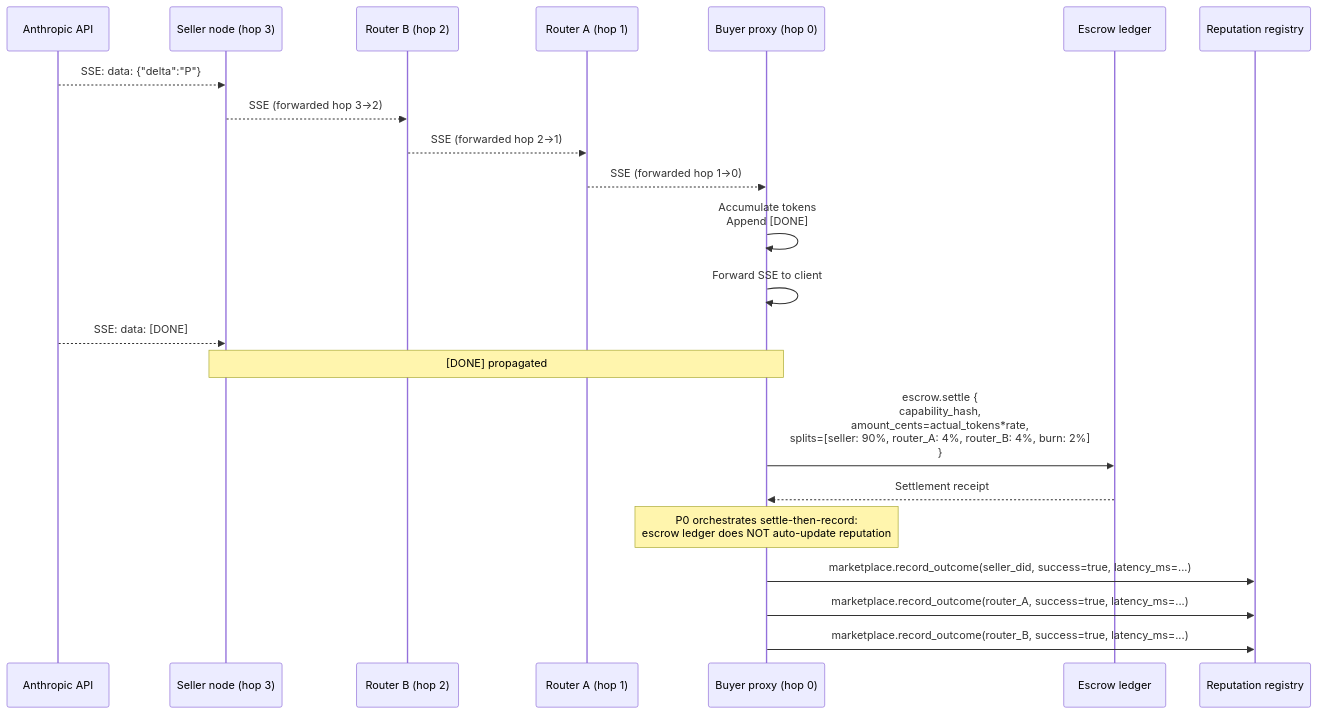
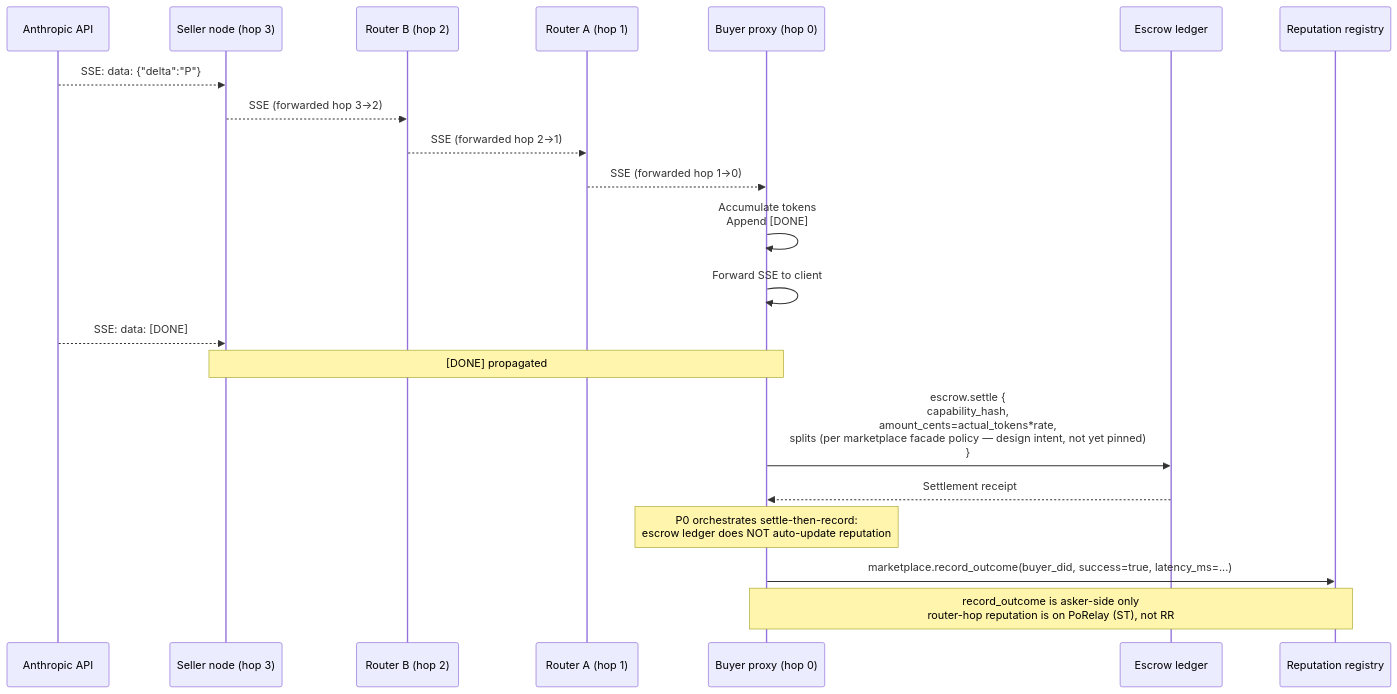
One commit to CipherOcto/cipherocto changed the tenth of 14 diagrams in docs/architecture/end-to-end-scenarios.md. Above: the diagram before and after it, drawn with Mermaid. The commit also changed other lines of this file, not shown here.

````diff
--- a/docs/architecture/end-to-end-scenarios.md
+++ b/docs/architecture/end-to-end-scenarios.md
@@ -432,27 +431,26 @@
 ```mermaid
 sequenceDiagram
     participant ANT as Anthropic API
     participant SN as Seller node (hop 3)
     participant P2 as Router B (hop 2)
     participant P1 as Router A (hop 1)
     participant P0 as Buyer proxy (hop 0)
     participant E as Escrow ledger
     participant RR as Reputation registry
 
     ANT-->>SN: SSE: data: {"delta":"P"}
     SN-->>P2: SSE (forwarded hop 3→2)
     P2-->>P1: SSE (forwarded hop 2→1)
     P1-->>P0: SSE (forwarded hop 1→0)
     P0->>P0: Accumulate tokens<br/>Append [DONE]
     P0->>P0: Forward SSE to client
 
     ANT-->>SN: SSE: data: [DONE]
     Note over SN,P0: [DONE] propagated
 
-    P0->>E: escrow.settle {<br/>  capability_hash,<br/>  amount_cents=actual_tokens*rate,<br/>  splits=[seller: 90%, router_A: 4%, router_B: 4%, burn: 2%]<br/>}
+    P0->>E: escrow.settle {<br/>  capability_hash,<br/>  amount_cents=actual_tokens*rate,<br/>  splits (per marketplace facade policy — design intent, not yet pinned)<br/>}
     E-->>P0: Settlement receipt
     Note over P0: P0 orchestrates settle-then-record:<br/>escrow ledger does NOT auto-update reputation
-    P0->>RR: marketplace.record_outcome(seller_did, success=true, latency_ms=...)
-    P0->>RR: marketplace.record_outcome(router_A, success=true, latency_ms=...)
-    P0->>RR: marketplace.record_outcome(router_B, success=true, latency_ms=...)
+    P0->>RR: marketplace.record_outcome(buyer_did, success=true, latency_ms=...)
+    Note over P0,RR: record_outcome is asker-side only<br/>router-hop reputation is on PoRelay (ST), not RR
 ```
````
